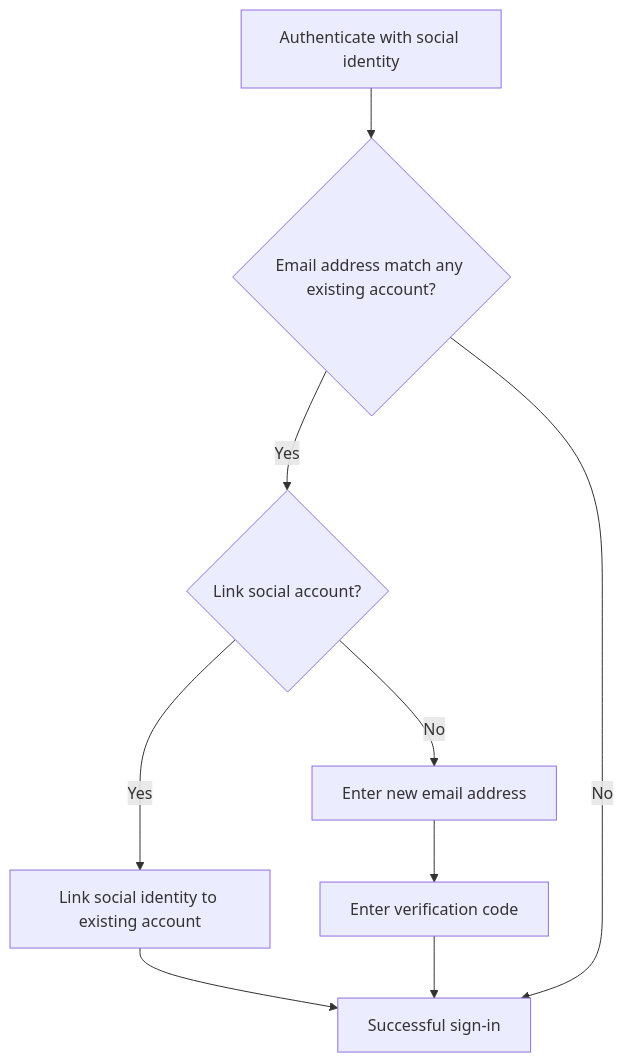
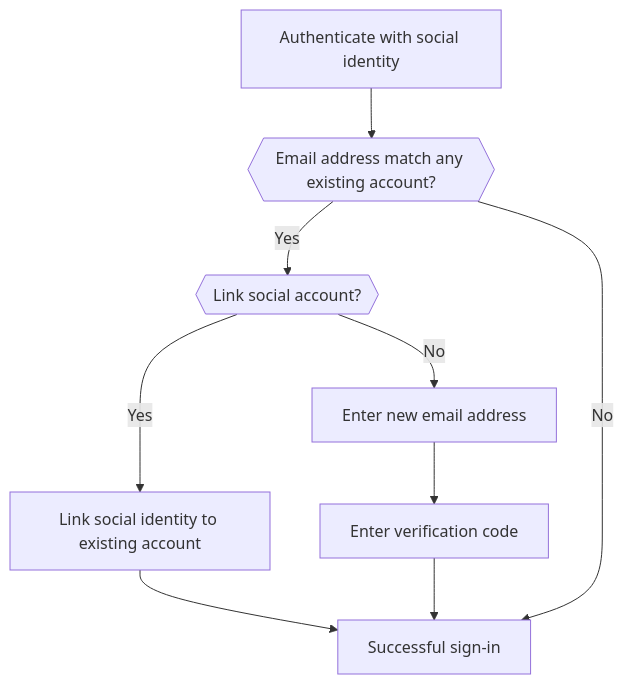
The fifth of 5 diagrams in docs/end-user-flows/sign-up-and-sign-in/social-sign-in.mdx (logto-io/docs), drawn with Mermaid before and after one commit. The commit also changed other lines of this file and 3 other files, not shown here.

First line of the commit message:
fix: update the mermaid flowchart

````diff
--- a/docs/end-user-flows/sign-up-and-sign-in/social-sign-in.mdx
+++ b/docs/end-user-flows/sign-up-and-sign-in/social-sign-in.mdx
@@ -146,11 +146,11 @@
    ```mermaid
       flowchart TD
-       A[Authenticate with social identity] --> B{Email address match any existing account?}
-       B -- Yes --> C{Link social account?}
+       A[Authenticate with social identity] --> B{{Email address match any existing account?}}
+       B -- Yes --> C{{Link social account?}}
        C -- Yes --> D[Link social identity to existing account]
        D --> E[Successful sign-in]
        C -- No --> F[Enter new email address]
        F --> G[Enter verification code]
        G --> E
        B -- No --> E
    ```
````
